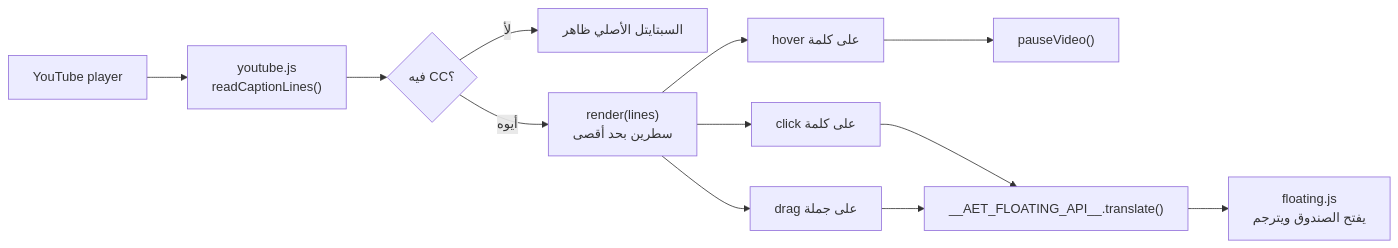
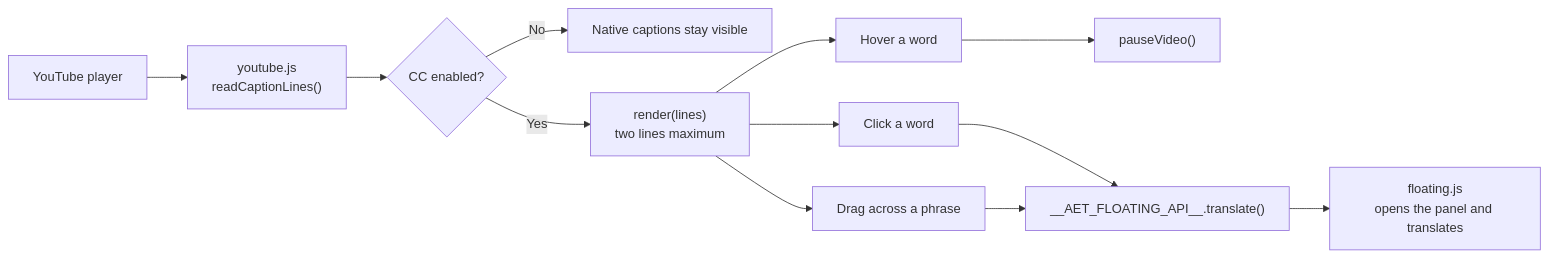
The fourth of 4 diagrams in docs/ARCHITECTURE.md (nagdista-dev/hassala), drawn with Mermaid before and after one commit. The commit also changed other lines of this file and 16 other files, not shown here.

````diff
--- a/docs/ARCHITECTURE.md
+++ b/docs/ARCHITECTURE.md
@@ -195,14 +199,14 @@
 ```mermaid
 flowchart LR
     A["YouTube player"] --> B["youtube.js<br/>readCaptionLines()"]
-    B --> C{"فيه CC؟"}
-    C -->|"لأ"| D["السبتايتل الأصلي ظاهر"]
-    C -->|"أيوه"| E["render(lines)<br/>سطرين بحد أقصى"]
-    E --> F["hover على كلمة"]
+    B --> C{"CC enabled?"}
+    C -->|"No"| D["Native captions stay visible"]
+    C -->|"Yes"| E["render(lines)<br/>two lines maximum"]
+    E --> F["Hover a word"]
     F --> G["pauseVideo()"]
-    E --> H["click على كلمة"]
+    E --> H["Click a word"]
     H --> I["__AET_FLOATING_API__.translate()"]
-    E --> J["drag على جملة"]
+    E --> J["Drag across a phrase"]
     J --> I
-    I --> K["floating.js<br/>يفتح الصندوق ويترجم"]
+    I --> K["floating.js<br/>opens the panel and translates"]
 ```
````
